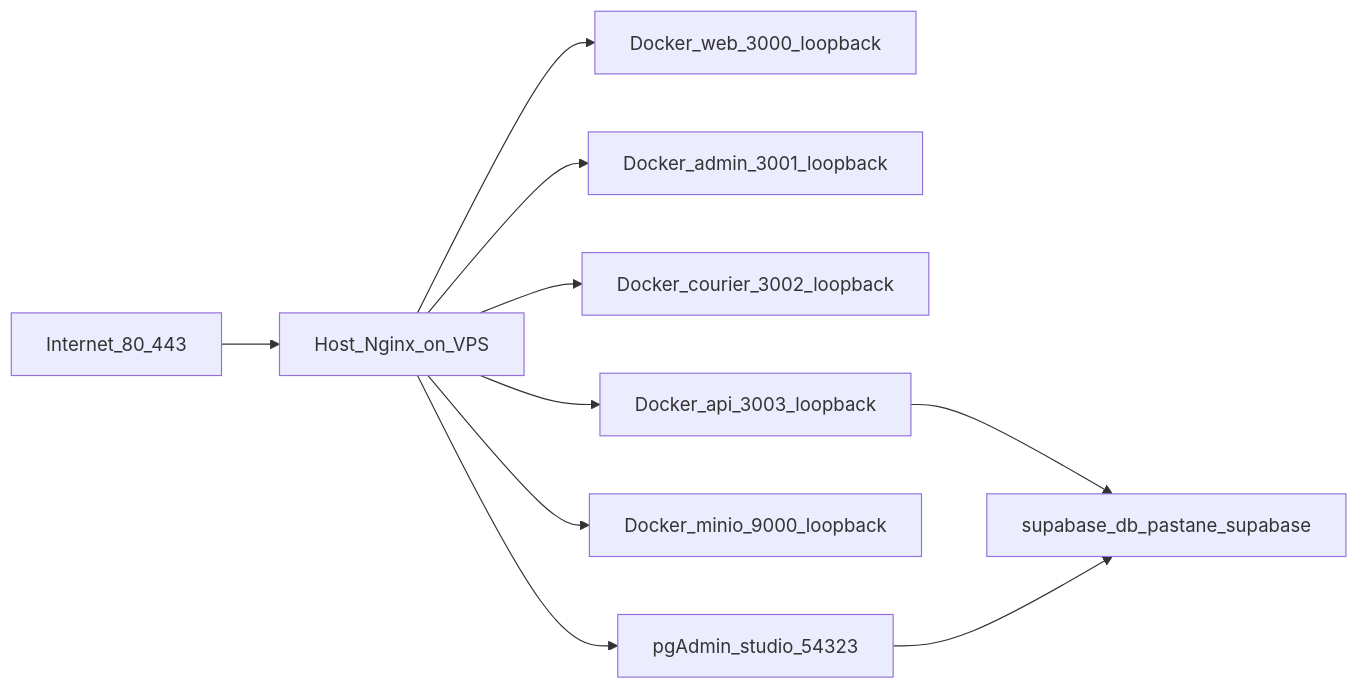
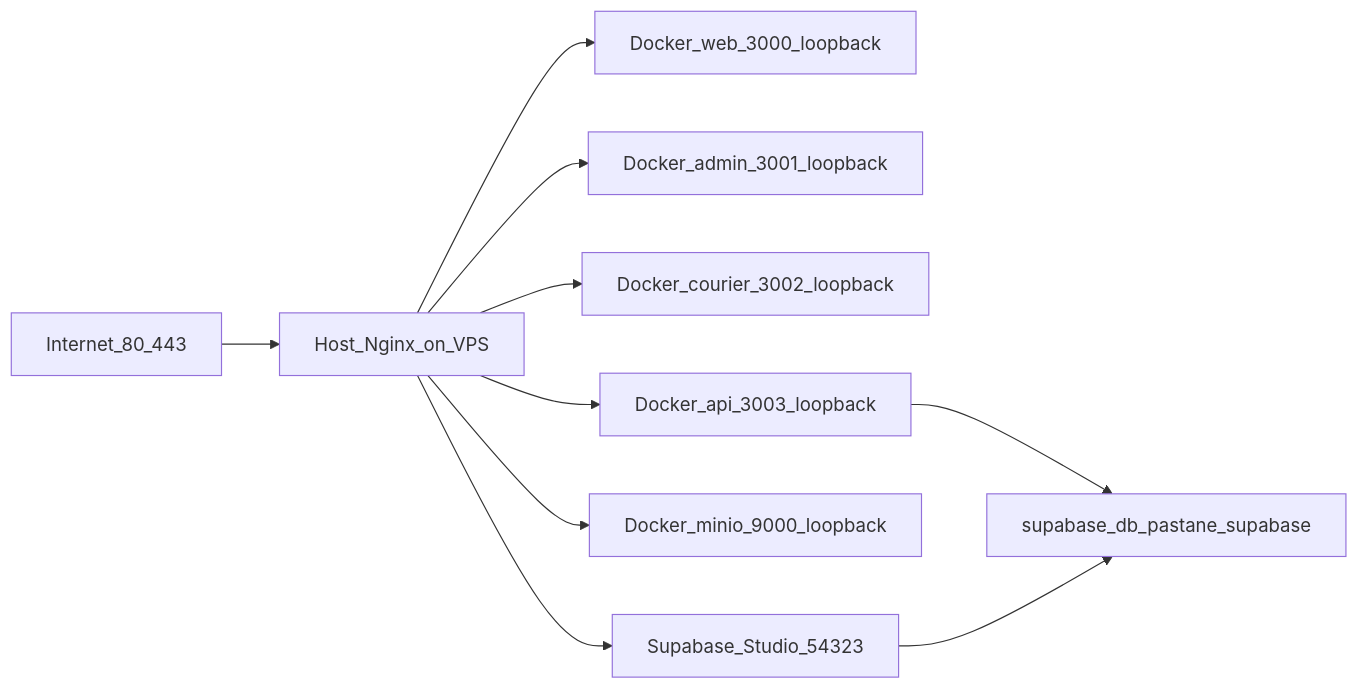
One commit to firatemu/Pastane changed the diagram in docs/OPERATIONS.md. Above: the diagram before and after it, drawn with Mermaid. The commit also changed other lines of this file and 79 other files, not shown here.

````diff
--- a/docs/OPERATIONS.md
+++ b/docs/OPERATIONS.md
@@ -5,21 +5,21 @@
 ```mermaid
 flowchart LR
   internet[Internet_80_443]
   nginx[Host_Nginx_on_VPS]
   web[Docker_web_3000_loopback]
   admin[Docker_admin_3001_loopback]
   courier[Docker_courier_3002_loopback]
   api[Docker_api_3003_loopback]
   minio[Docker_minio_9000_loopback]
   supadb[supabase_db_pastane_supabase]
-  studio[pgAdmin_studio_54323]
+  studio[Supabase_Studio_54323]
   internet --> nginx
   nginx --> web
   nginx --> admin
   nginx --> courier
   nginx --> api
   nginx --> minio
   nginx --> studio
   api --> supadb
   studio --> supadb
 ```
````
